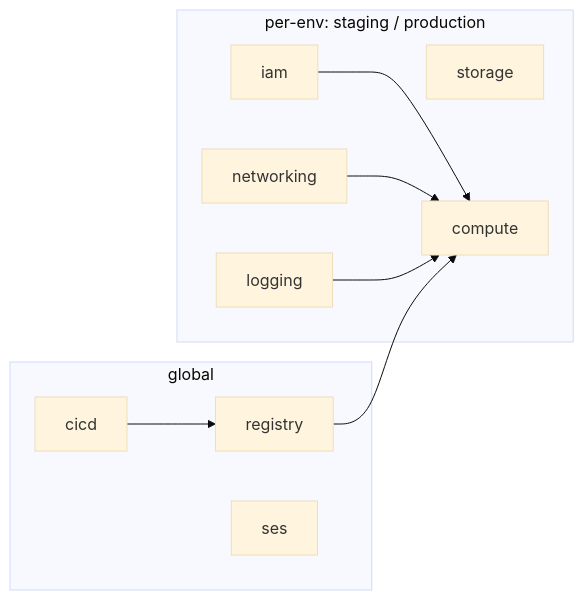
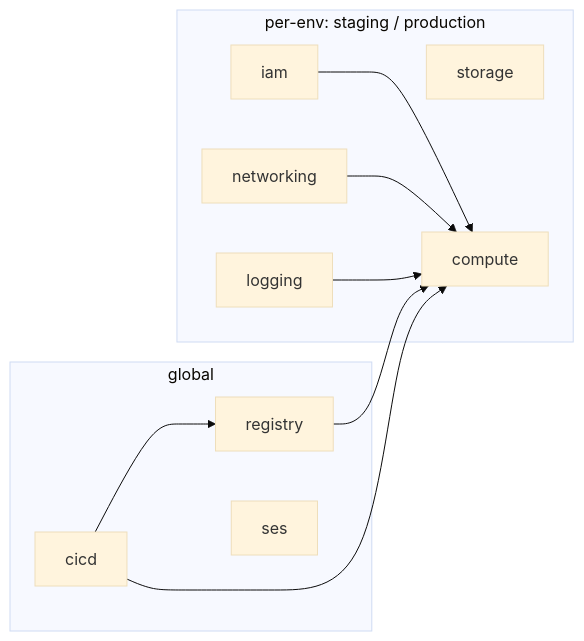
The diagram in iac/README.md (guillaume-martin/job-hunter-bot), drawn with Mermaid (base theme) before and after one commit. The commit also changed other lines of this file and 1 other file, not shown here.

````diff
--- a/iac/README.md
+++ b/iac/README.md
@@ -64,20 +64,21 @@
 ```mermaid
 graph LR
   subgraph global
     cicd[cicd]
     registry[registry]
     ses[ses]
   end
   subgraph env[per-env: staging / production]
     iam[iam]
     networking[networking]
     logging[logging]
     storage[storage]
     compute[compute]
   end
   cicd --> registry
+  cicd --> compute
   iam --> compute
   networking --> compute
   logging --> compute
   registry --> compute
 ```
````
